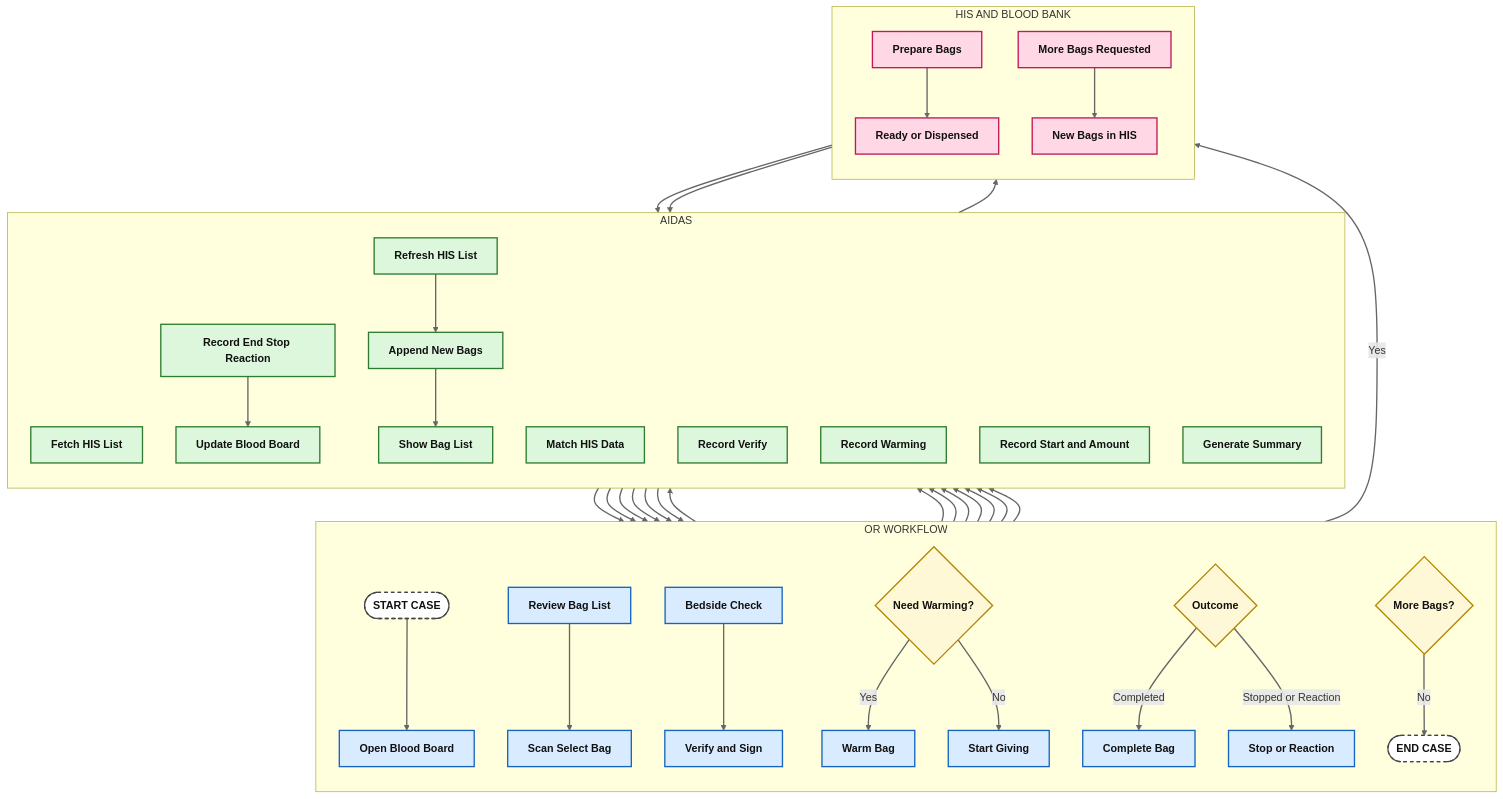
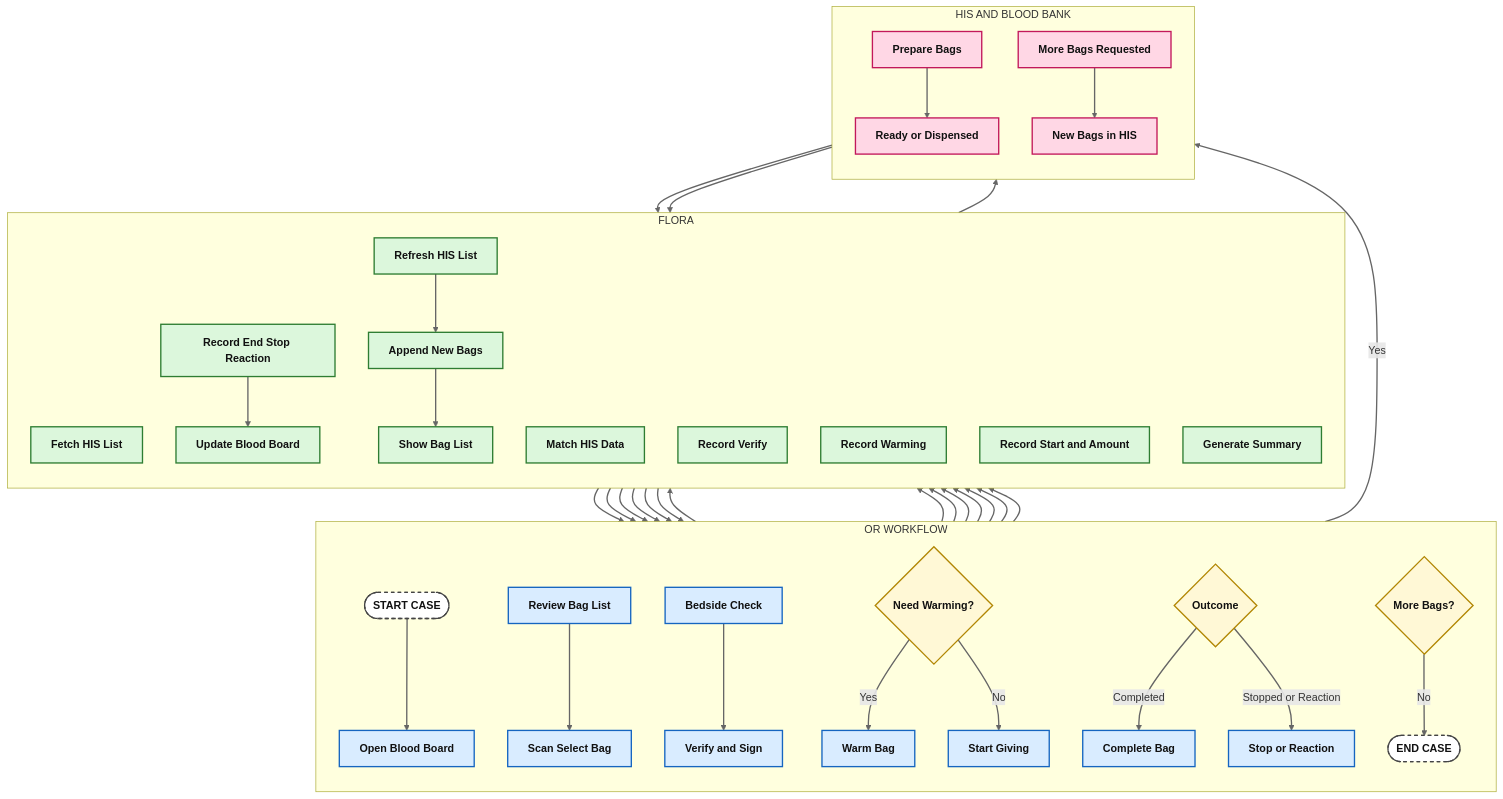
One commit to nanutlmhk/flora-core changed the diagram in blood-process-docs/Blood-Process-Presentation-Slide.mmd. Above: the diagram before and after it, drawn with Mermaid. The commit also changed 136 other files, not shown here.

Commit message:
Refresh Flora chart and add Docker browser development

```diff
--- a/blood-process-docs/Blood-Process-Presentation-Slide.mmd
+++ b/blood-process-docs/Blood-Process-Presentation-Slide.mmd
@@ -1,66 +1,66 @@
 flowchart TB
     classDef his fill:#FFD7E5,stroke:#C2185B,stroke-width:2px,color:#111,font-weight:bold;
     classDef clinical fill:#D9ECFF,stroke:#1565C0,stroke-width:2px,color:#111,font-weight:bold;
-    classDef aidas fill:#DCF7DC,stroke:#2E7D32,stroke-width:2px,color:#111,font-weight:bold;
+    classDef flora fill:#DCF7DC,stroke:#2E7D32,stroke-width:2px,color:#111,font-weight:bold;
     classDef decision fill:#FFF8D6,stroke:#B28704,stroke-width:2px,color:#111,font-weight:bold;
     classDef startEnd fill:#FFFFFF,stroke:#444,stroke-width:2px,color:#111,font-weight:bold,stroke-dasharray: 5 5;
 
     subgraph OR [OR WORKFLOW]
         direction TB
         C1([START CASE]):::startEnd
         C2[Open Blood Board]:::clinical
         C3[Review Bag List]:::clinical
         C4[Scan Select Bag]:::clinical
         C5[Bedside Check]:::clinical
         C6[Verify and Sign]:::clinical
         C7{Need Warming?}:::decision
         C8[Warm Bag]:::clinical
         C9[Start Giving]:::clinical
         C10{Outcome}:::decision
         C11[Complete Bag]:::clinical
         C12[Stop or Reaction]:::clinical
         C13{More Bags?}:::decision
         C14([END CASE]):::startEnd
     end
 
-    subgraph AD [AIDAS]
+    subgraph AD [FLORA]
         direction TB
-        A1[Fetch HIS List]:::aidas
-        A2[Show Bag List]:::aidas
-        A3[Match HIS Data]:::aidas
-        A4[Record Verify]:::aidas
-        A5[Record Warming]:::aidas
-        A6[Record Start and Amount]:::aidas
-        A7[Record End Stop Reaction]:::aidas
-        A8[Update Blood Board]:::aidas
-        A9[Refresh HIS List]:::aidas
-        A10[Append New Bags]:::aidas
-        A11[Generate Summary]:::aidas
+        A1[Fetch HIS List]:::flora
+        A2[Show Bag List]:::flora
+        A3[Match HIS Data]:::flora
+        A4[Record Verify]:::flora
+        A5[Record Warming]:::flora
+        A6[Record Start and Amount]:::flora
+        A7[Record End Stop Reaction]:::flora
+        A8[Update Blood Board]:::flora
+        A9[Refresh HIS List]:::flora
+        A10[Append New Bags]:::flora
+        A11[Generate Summary]:::flora
     end
 
     subgraph HIS [HIS AND BLOOD BANK]
         direction TB
         H1[Prepare Bags]:::his
         H2[Ready or Dispensed]:::his
         H3[More Bags Requested]:::his
         H4[New Bags in HIS]:::his
     end
 
     H1 --> H2
     C1 --> C2 --> A1
     A1 --> H2
     H2 --> A2
     A2 --> C3 --> C4
     C4 --> A3 --> C5
     C5 --> C6 --> A4
     A4 --> C7
     C7 -->|Yes| C8 --> A5 --> C9
     C7 -->|No| C9
     C9 --> A6 --> C10
     C10 -->|Completed| C11 --> A7
     C10 -->|Stopped or Reaction| C12 --> A7
     A7 --> A8 --> C13
     C13 -->|Yes| H3 --> H4 --> A9 --> A10 --> A2
     C13 -->|No| C14 --> A11
 
     linkStyle default stroke:#666,stroke-width:2px;
```
